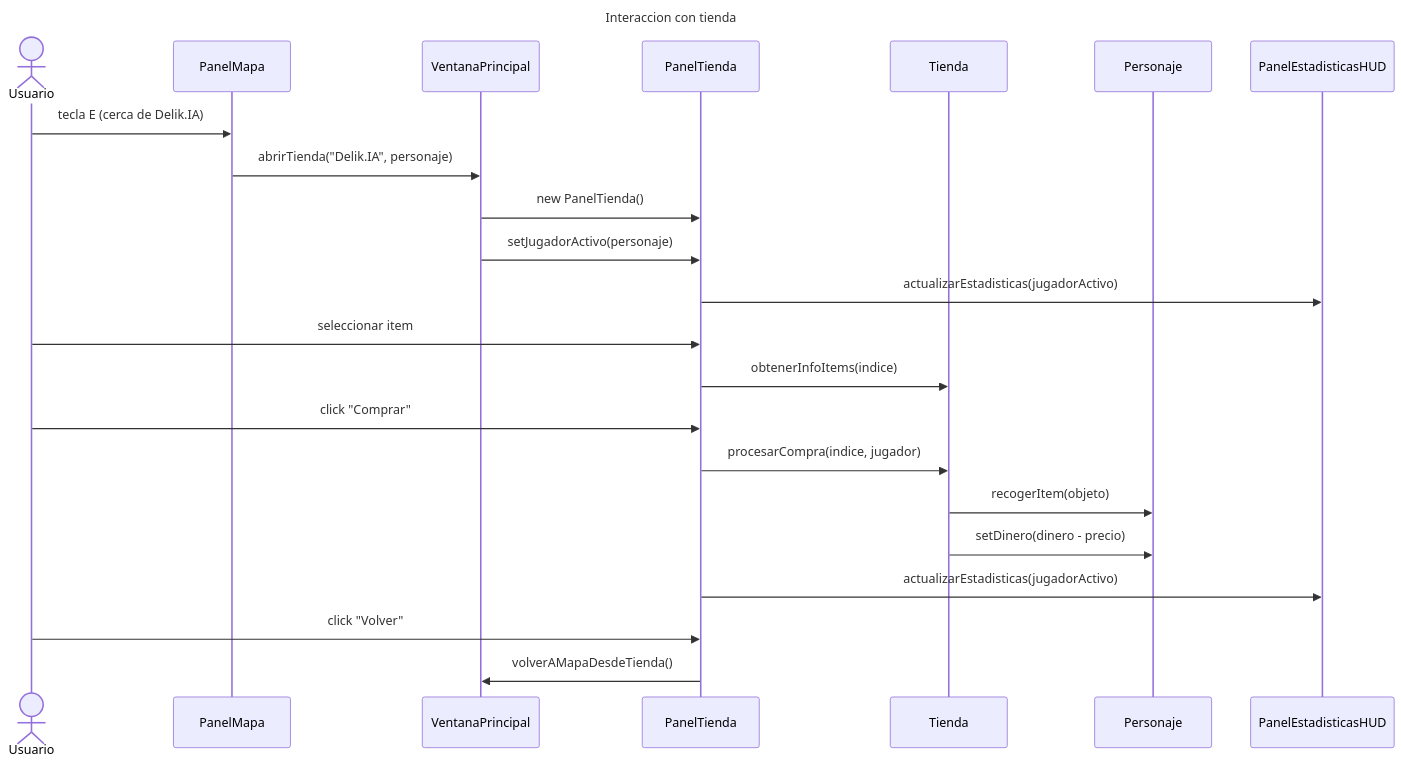
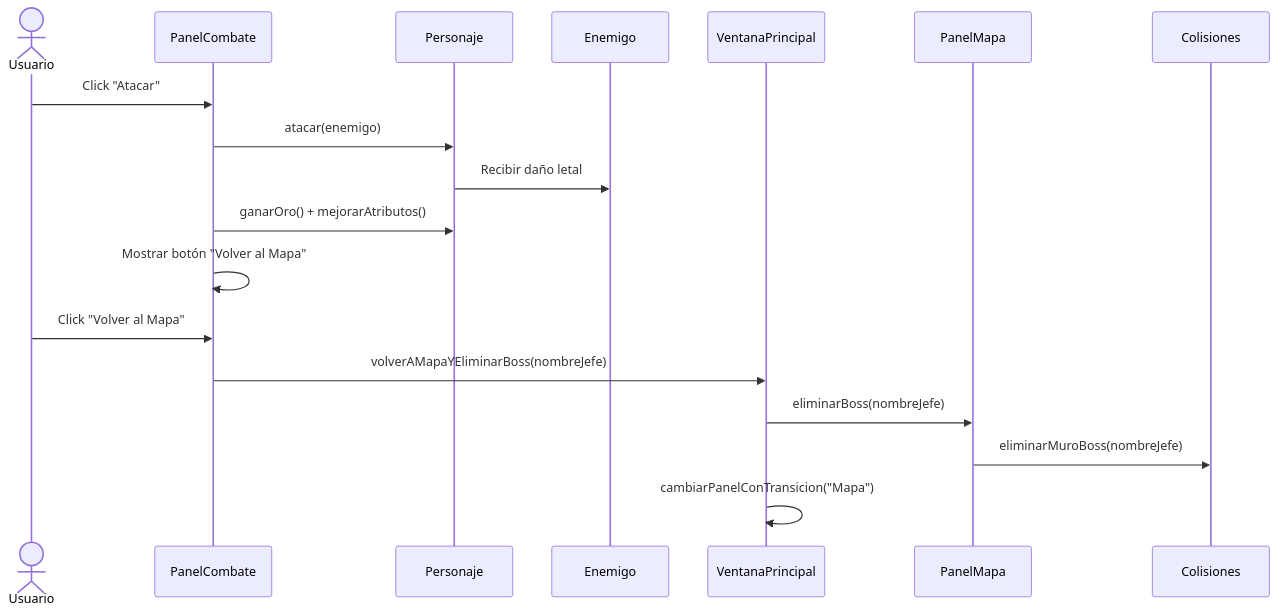
One commit to adribarrera/Videojuego-Java changed the second of 3 diagrams in SECUENCIAUML.md. Above: the diagram before and after it, drawn with Mermaid. The commit also changed other lines of this file and 4 other files, not shown here.

````diff
--- a/SECUENCIAUML.md
+++ b/SECUENCIAUML.md
@@ -76,30 +23,21 @@
 ```mermaid
 sequenceDiagram
-title Interaccion con tienda
+    actor U as Usuario
+    participant PC as PanelCombate
+    participant P as Personaje
+    participant E as Enemigo
+    participant VP as VentanaPrincipal
+    participant PM as PanelMapa
+    participant COL as Colisiones
 
-actor Usuario
-participant PanelMapa
-participant VentanaPrincipal
-participant PanelTienda
-participant Tienda
-participant Personaje
-participant HUD as PanelEstadisticasHUD
-
-Usuario->>PanelMapa: tecla E (cerca de Delik.IA)
-PanelMapa->>VentanaPrincipal: abrirTienda("Delik.IA", personaje)
-VentanaPrincipal->>PanelTienda: new PanelTienda()
-VentanaPrincipal->>PanelTienda: setJugadorActivo(personaje)
-PanelTienda->>HUD: actualizarEstadisticas(jugadorActivo)
-
-Usuario->>PanelTienda: seleccionar item
-PanelTienda->>Tienda: obtenerInfoItems(indice)
-
-Usuario->>PanelTienda: click "Comprar"
-PanelTienda->>Tienda: procesarCompra(indice, jugador)
-Tienda->>Personaje: recogerItem(objeto)
-Tienda->>Personaje: setDinero(dinero - precio)
-PanelTienda->>HUD: actualizarEstadisticas(jugadorActivo)
-
-Usuario->>PanelTienda: click "Volver"
-PanelTienda->>VentanaPrincipal: volverAMapaDesdeTienda()
+    U->>PC: Click "Atacar"
+    PC->>P: atacar(enemigo)
+    P->>E: Recibir daño letal
+    PC->>P: ganarOro() + mejorarAtributos()
+    PC->>PC: Mostrar botón "Volver al Mapa"
+    U->>PC: Click "Volver al Mapa"
+    PC->>VP: volverAMapaYEliminarBoss(nombreJefe)
+    VP->>PM: eliminarBoss(nombreJefe)
+    PM->>COL: eliminarMuroBoss(nombreJefe)
+    VP->>VP: cambiarPanelConTransicion("Mapa")
 ```
````
